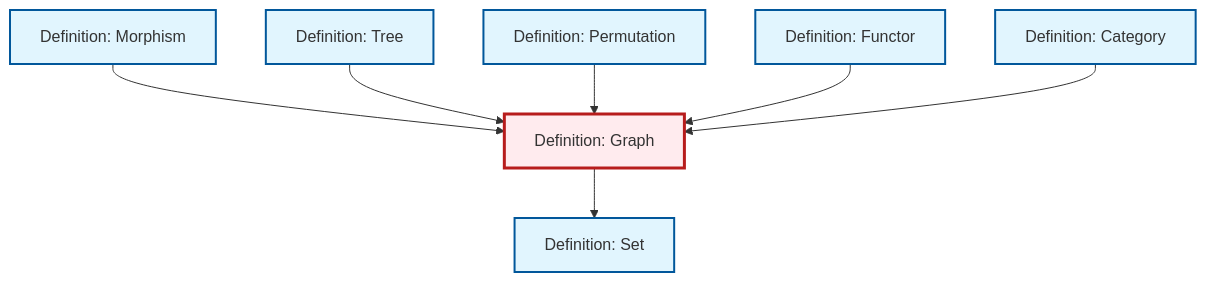
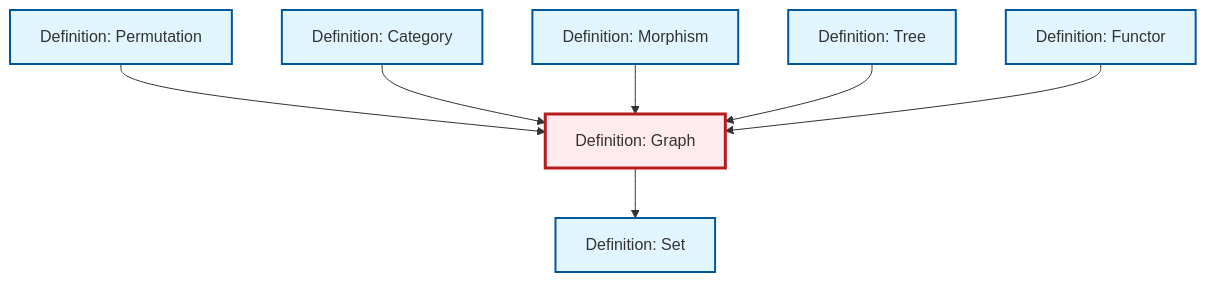
Before and after one commit to RK0429/ModernMath: the diagram in content/en/combinatorics/def-graph.qmd, drawn with Mermaid. The commit also changed other lines of this file and 634 other files, not shown here.

````diff
--- a/content/en/combinatorics/def-graph.qmd
+++ b/content/en/combinatorics/def-graph.qmd
@@ -93,29 +93,29 @@
 ```{mermaid}
 %%| fig-cap: "Local dependency graph"
 graph TD
     classDef definition fill:#e1f5fe,stroke:#01579b,stroke-width:2px
     classDef theorem fill:#f3e5f5,stroke:#4a148c,stroke-width:2px
     classDef axiom fill:#fff3e0,stroke:#e65100,stroke-width:2px
     classDef example fill:#e8f5e9,stroke:#1b5e20,stroke-width:2px
     classDef current fill:#ffebee,stroke:#b71c1c,stroke-width:3px
+    def-permutation["Definition: Permutation"]:::definition
+    def-category["Definition: Category"]:::definition
+    def-tree["Definition: Tree"]:::definition
+    def-morphism["Definition: Morphism"]:::definition
+    def-set["Definition: Set"]:::definition
+    def-graph["Definition: Graph"]:::definition
     def-functor["Definition: Functor"]:::definition
-    def-set["Definition: Set"]:::definition
-    def-permutation["Definition: Permutation"]:::definition
-    def-morphism["Definition: Morphism"]:::definition
-    def-graph["Definition: Graph"]:::definition
-    def-tree["Definition: Tree"]:::definition
-    def-category["Definition: Category"]:::definition
+    def-permutation --> def-graph
+    def-category --> def-graph
     def-morphism --> def-graph
     def-tree --> def-graph
-    def-permutation --> def-graph
     def-functor --> def-graph
     def-graph --> def-set
-    def-category --> def-graph
     class def-graph current
+    click def-permutation "def-permutation.html" "Go to Permutation definition"
+    click def-category "def-category.html" "Go to Category definition"
+    click def-tree "def-tree.html" "Go to Tree definition"
+    click def-morphism "def-morphism.html" "Go to Morphism definition"
+    click def-set "def-set.html" "Go to Set definition"
     click def-functor "def-functor.html" "Go to Functor definition"
-    click def-set "def-set.html" "Go to Set definition"
-    click def-permutation "def-permutation.html" "Go to Permutation definition"
-    click def-morphism "def-morphism.html" "Go to Morphism definition"
-    click def-tree "def-tree.html" "Go to Tree definition"
-    click def-category "def-category.html" "Go to Category definition"
 ```
````
